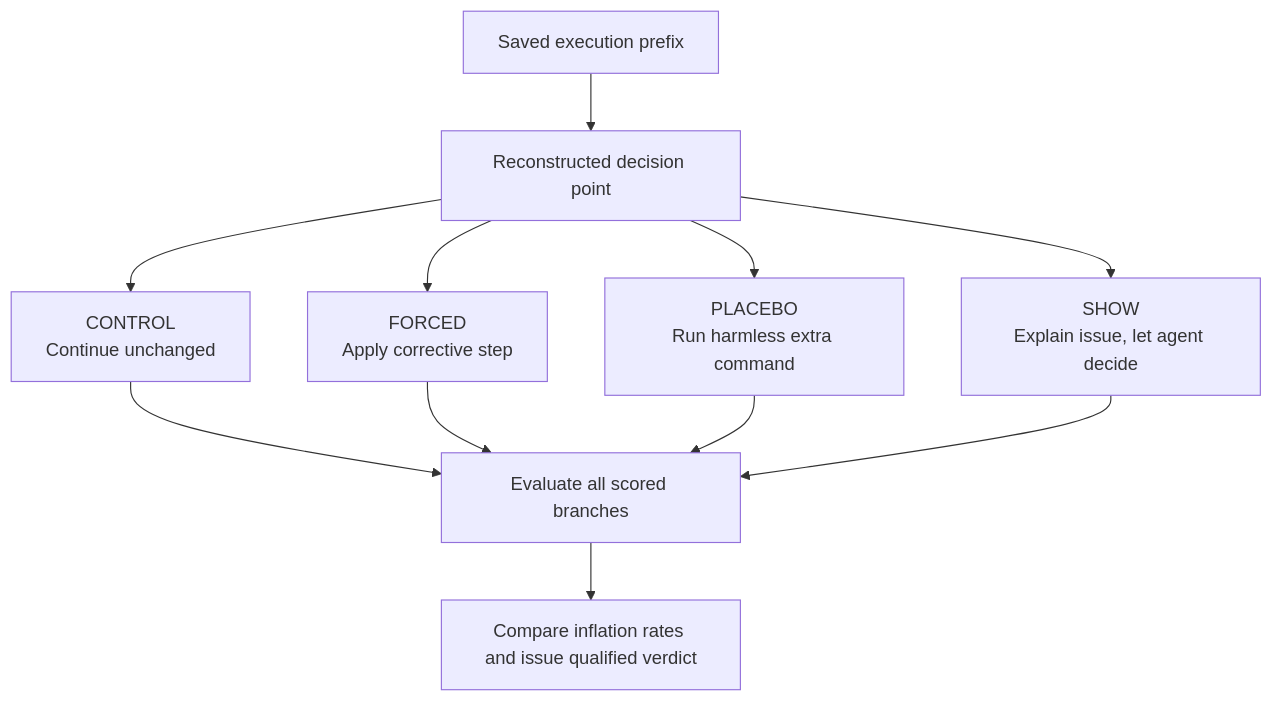
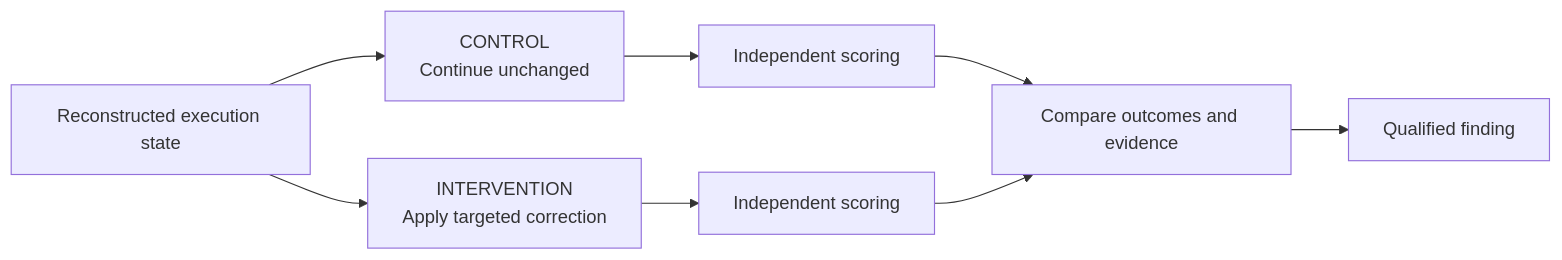
One commit to AndresL230/deep-research changed the second of 4 diagrams in README.md. Above: the diagram before and after it, drawn with Mermaid. The commit also changed other lines of this file, not shown here.

````diff
--- a/README.md
+++ b/README.md
@@ -104,13 +89,10 @@
 ```mermaid
-flowchart TD
-    P["Saved execution prefix"] --> F["Reconstructed decision point"]
-    F --> C["CONTROL<br/>Continue unchanged"]
-    F --> I["FORCED<br/>Apply corrective step"]
-    F --> L["PLACEBO<br/>Run harmless extra command"]
-    F --> S["SHOW<br/>Explain issue, let agent decide"]
-    C --> E["Evaluate all scored branches"]
-    I --> E
-    L --> E
-    S --> E
-    E --> V["Compare inflation rates and issue qualified verdict"]
+flowchart LR
+    S["Reconstructed execution state"] --> C["CONTROL<br/>Continue unchanged"]
+    S --> I["INTERVENTION<br/>Apply targeted correction"]
+    C --> EC["Independent scoring"]
+    I --> EI["Independent scoring"]
+    EC --> V["Compare outcomes and evidence"]
+    EI --> V
+    V --> R["Qualified finding"]
 ```
````
